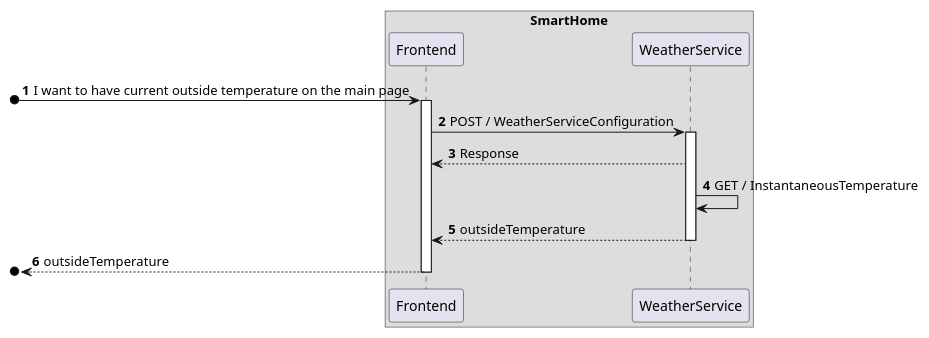
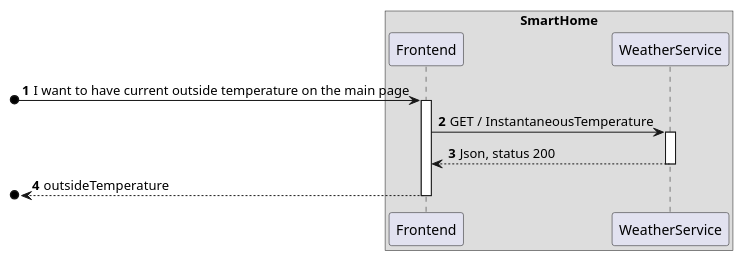
One commit to olivDiogo/SmartHome changed the diagram in docs/useCases/uc18_frontendToOutsideTemperatureMainPage/artifacts/UC18_SD.puml. Above: the diagram before and after it, drawn with PlantUML. The commit also changed 2 other files, not shown here.

```diff
--- a/docs/useCases/uc18_frontendToOutsideTemperatureMainPage/artifacts/UC18_SD.puml
+++ b/docs/useCases/uc18_frontendToOutsideTemperatureMainPage/artifacts/UC18_SD.puml
@@ -1,37 +1,31 @@
 @startuml
 'https://plantuml.com/sequence-diagram
 !pragma layout smetana
 
 autonumber
 
 
 
     box SmartHome
     participant Frontend as FE
     participant WeatherService as WS
     end box
 
 
 
 [o-> FE : I want to have current outside temperature on the main page
 activate FE
 
-FE -> WS : POST / WeatherServiceConfiguration
+FE -> WS : GET / InstantaneousTemperature
 activate WS
 
-WS --> FE : Response
-
-
-WS -> WS : GET / InstantaneousTemperature
-
-WS --> FE : outsideTemperature
+WS --> FE : Json, status 200
 deactivate WS
-
 
 [o<-- FE : outsideTemperature
 deactivate FE
 
 
 
 
 @enduml
```
